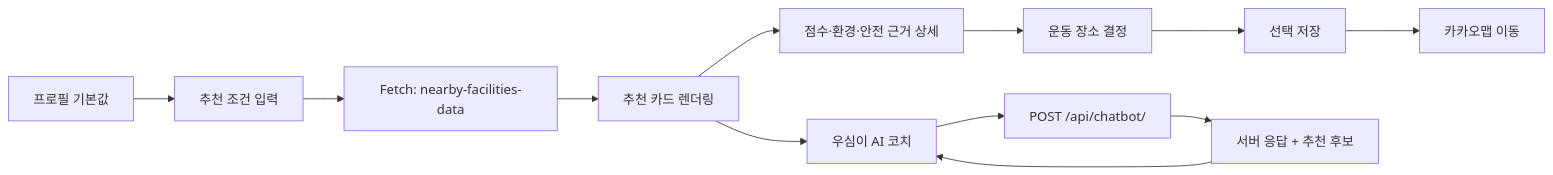
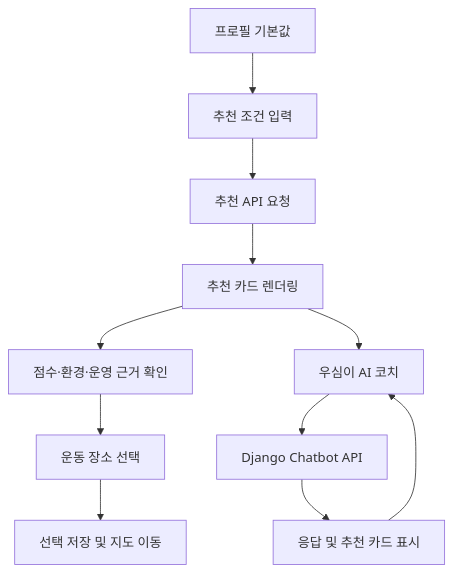
Before and after one commit to Shinkyeongho/woosimwunkka-frontend-portfolio: the diagram in README.md, drawn with Mermaid. The commit also changed other lines of this file, not shown here.

````diff
--- a/README.md
+++ b/README.md
@@ -91,15 +114,14 @@
 ```mermaid
-flowchart LR
+flowchart TD
     A[프로필 기본값] --> B[추천 조건 입력]
-    B --> C[Fetch: nearby-facilities-data]
+    B --> C[추천 API 요청]
     C --> D[추천 카드 렌더링]
-    D --> E[점수·환경·안전 근거 상세]
-    E --> F[운동 장소 결정]
-    F --> G[선택 저장]
-    G --> H[카카오맵 이동]
+    D --> E[점수·환경·운영 근거 확인]
+    E --> F[운동 장소 선택]
+    F --> G[선택 저장 및 지도 이동]
 
-    D --> I[우심이 AI 코치]
-    I --> J[POST /api/chatbot/]
-    J --> K[서버 응답 + 추천 후보]
-    K --> I
+    D --> H[우심이 AI 코치]
+    H --> I[Django Chatbot API]
+    I --> J[응답 및 추천 카드 표시]
+    J --> H
 ```
````
